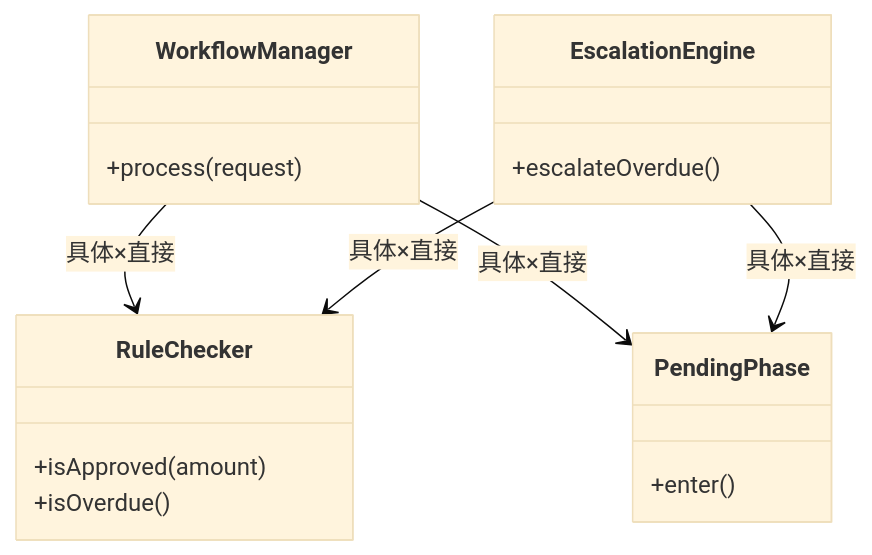
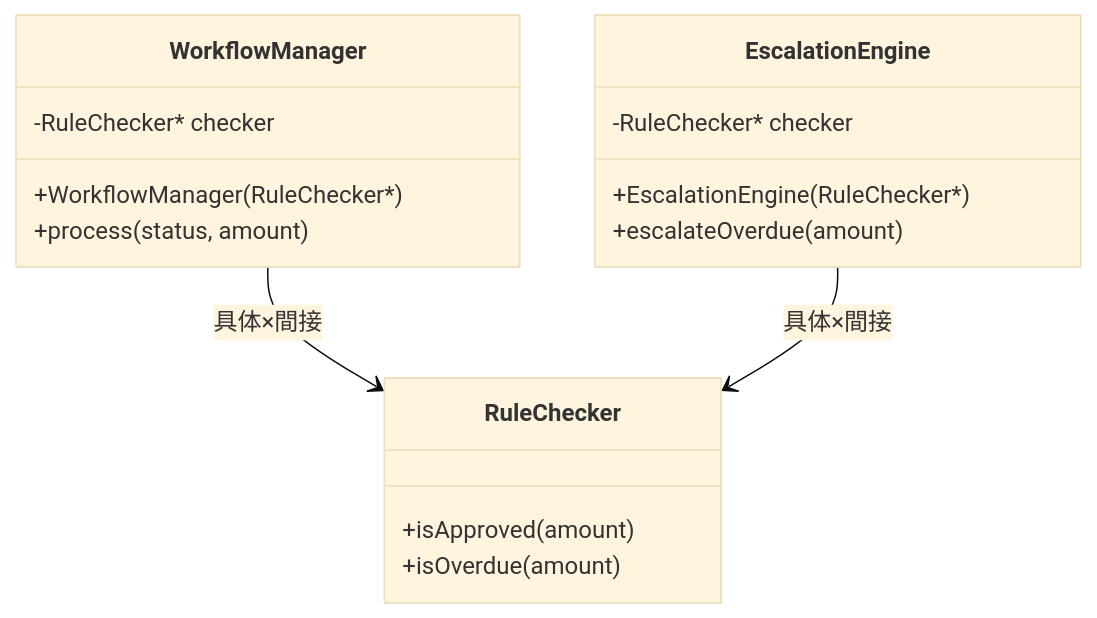
One commit to kumachan1101-pixel/DesignPattern changed the fifth of 11 diagrams in kindle/design-patterns/output/chapter12.md. Above: the diagram before and after it, drawn with Mermaid (base theme). The commit also changed other lines of this file and 12 other files, not shown here.

````diff
--- a/kindle/design-patterns/output/chapter12.md
+++ b/kindle/design-patterns/output/chapter12.md
@@ -498,20 +511,19 @@
 ```mermaid
 classDiagram
     class WorkflowManager {
-        +process(request)
+        -RuleChecker* checker
+        +WorkflowManager(RuleChecker*)
+        +process(status, amount)
     }
     class EscalationEngine {
-        +escalateOverdue()
+        -RuleChecker* checker
+        +EscalationEngine(RuleChecker*)
+        +escalateOverdue(amount)
     }
     class RuleChecker {
         +isApproved(amount)
-        +isOverdue()
+        +isOverdue(amount)
     }
-    class PendingPhase {
-        +enter()
-    }
-    WorkflowManager --> RuleChecker : 具体×直接
-    WorkflowManager --> PendingPhase : 具体×直接
-    EscalationEngine --> RuleChecker : 具体×直接
-    EscalationEngine --> PendingPhase : 具体×直接
+    WorkflowManager --> RuleChecker : 具体×間接
+    EscalationEngine --> RuleChecker : 具体×間接
 ```
````
